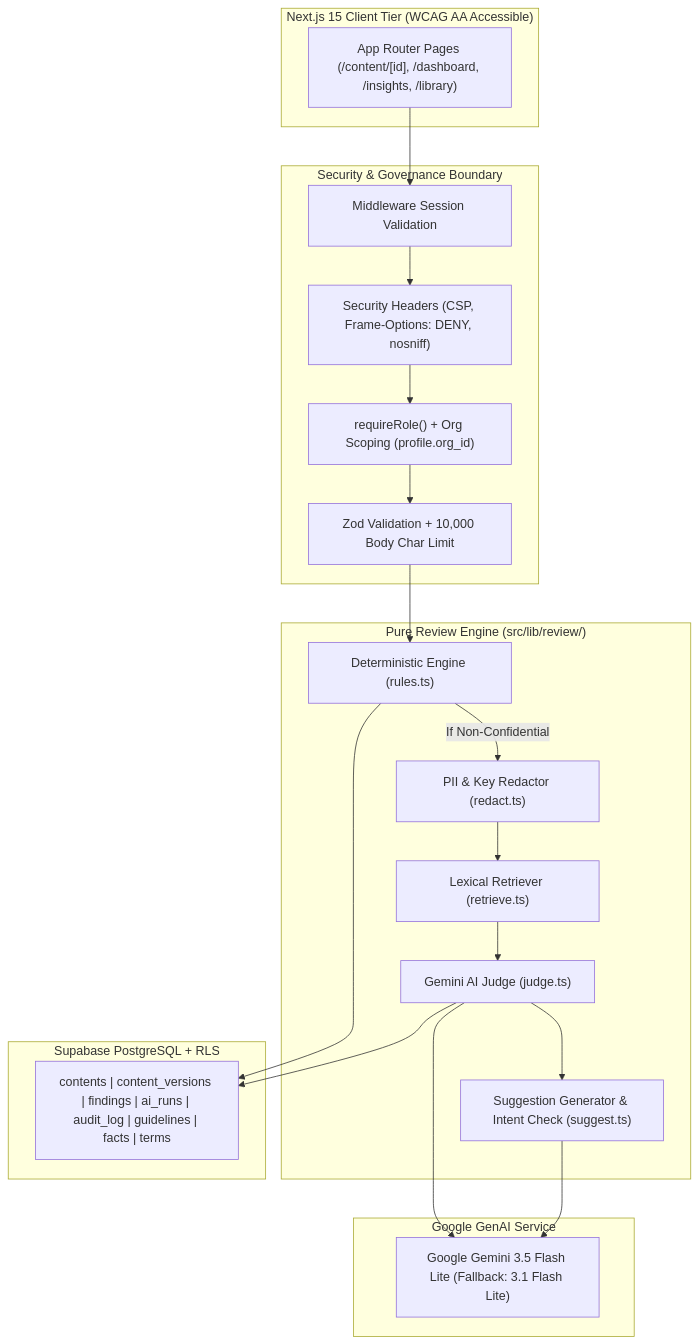
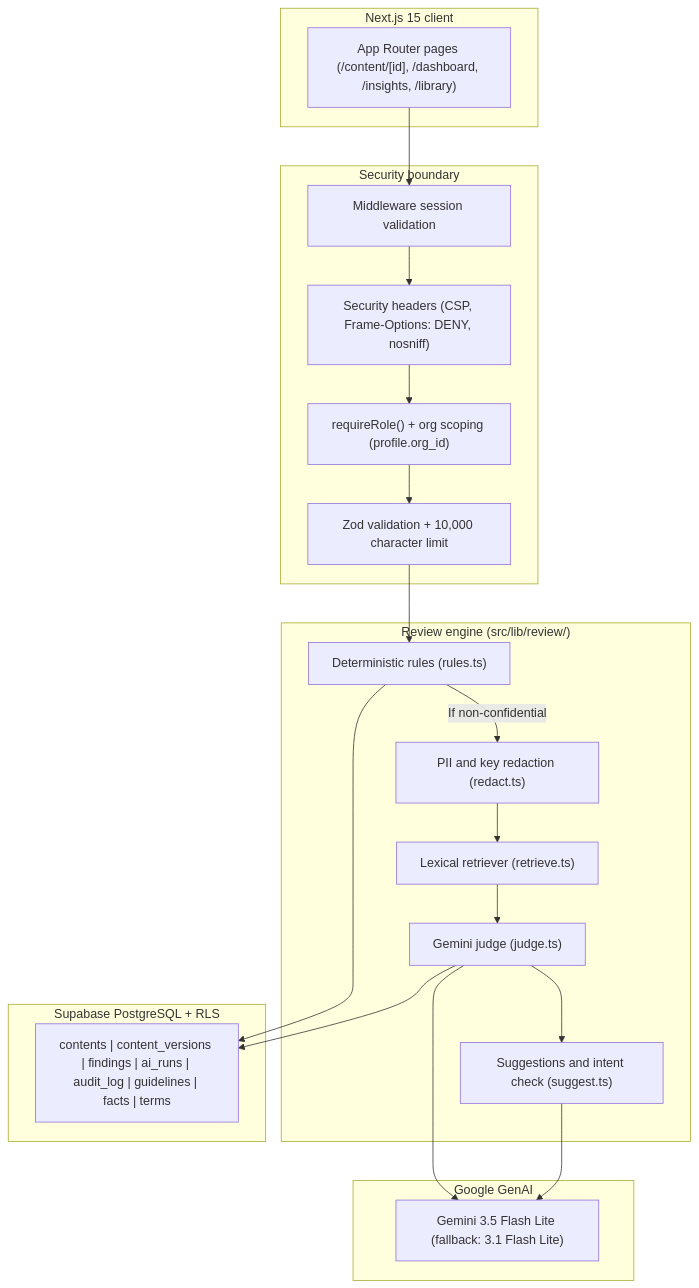
Before and after one commit to rawat-code/BrandLens: the second of 2 diagrams in README.md, drawn with Mermaid. The commit also changed other lines of this file, not shown here.

````diff
--- a/README.md
+++ b/README.md
@@ -97,35 +91,35 @@
 ```mermaid
 flowchart TD
-    subgraph Client Tier ["Next.js 15 Client Tier (WCAG AA Accessible)"]
-        UI["App Router Pages (/content/[id], /dashboard, /insights, /library)"]
+    subgraph Client Tier ["Next.js 15 client"]
+        UI["App Router pages (/content/[id], /dashboard, /insights, /library)"]
     end
 
-    subgraph Security Layer ["Security & Governance Boundary"]
-        MIDDLEWARE["Middleware Session Validation"]
-        HEADERS["Security Headers (CSP, Frame-Options: DENY, nosniff)"]
-        AUTH_ROLES["requireRole() + Org Scoping (profile.org_id)"]
-        INPUT_LIMIT["Zod Validation + 10,000 Body Char Limit"]
+    subgraph Security Layer ["Security boundary"]
+        MIDDLEWARE["Middleware session validation"]
+        HEADERS["Security headers (CSP, Frame-Options: DENY, nosniff)"]
+        AUTH_ROLES["requireRole() + org scoping (profile.org_id)"]
+        INPUT_LIMIT["Zod validation + 10,000 character limit"]
     end
 
-    subgraph Review Pipeline ["Pure Review Engine (src/lib/review/)"]
-        RULES["Deterministic Engine (rules.ts)"]
-        REDACT["PII & Key Redactor (redact.ts)"]
-        RETRIEVE["Lexical Retriever (retrieve.ts)"]
-        AI_JUDGE["Gemini AI Judge (judge.ts)"]
-        SUGGEST["Suggestion Generator & Intent Check (suggest.ts)"]
+    subgraph Review Pipeline ["Review engine (src/lib/review/)"]
+        RULES["Deterministic rules (rules.ts)"]
+        REDACT["PII and key redaction (redact.ts)"]
+        RETRIEVE["Lexical retriever (retrieve.ts)"]
+        AI_JUDGE["Gemini judge (judge.ts)"]
+        SUGGEST["Suggestions and intent check (suggest.ts)"]
     end
 
-    subgraph External AI ["Google GenAI Service"]
-        GEMINI["Google Gemini 3.5 Flash Lite (Fallback: 3.1 Flash Lite)"]
+    subgraph External AI ["Google GenAI"]
+        GEMINI["Gemini 3.5 Flash Lite (fallback: 3.1 Flash Lite)"]
     end
 
     subgraph Storage ["Supabase PostgreSQL + RLS"]
         TABLES["contents | content_versions | findings | ai_runs | audit_log | guidelines | facts | terms"]
     end
 
     UI --> MIDDLEWARE --> HEADERS --> AUTH_ROLES --> INPUT_LIMIT
     INPUT_LIMIT --> RULES
-    RULES -->|If Non-Confidential| REDACT --> RETRIEVE --> AI_JUDGE --> GEMINI
+    RULES -->|If non-confidential| REDACT --> RETRIEVE --> AI_JUDGE --> GEMINI
     AI_JUDGE --> SUGGEST --> GEMINI
     RULES & AI_JUDGE --> TABLES
 ```
````
